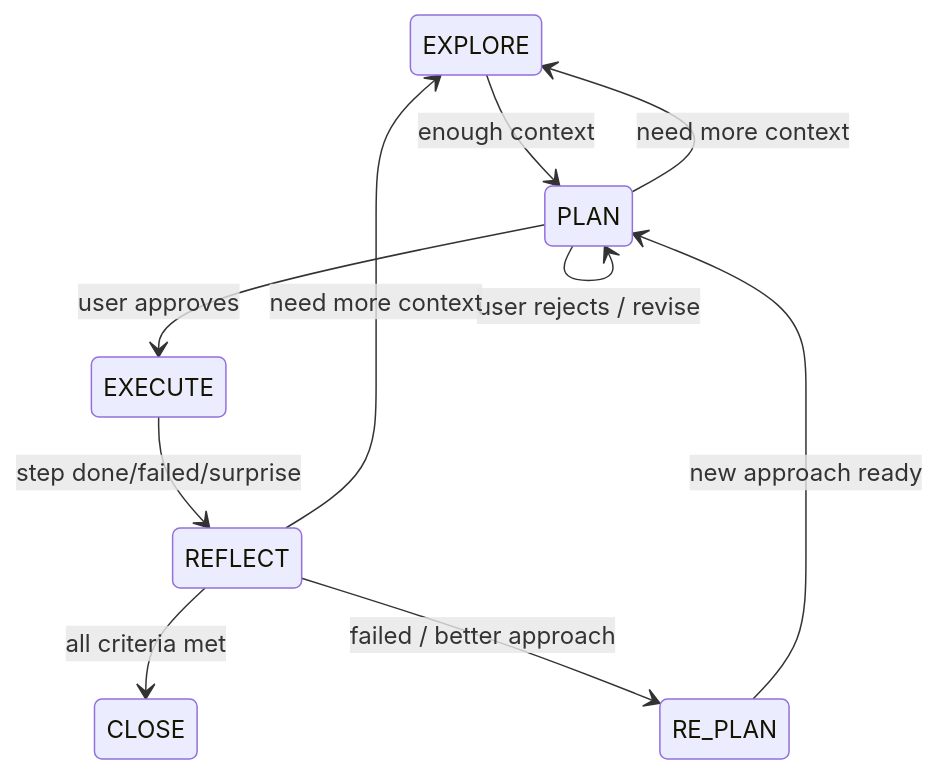
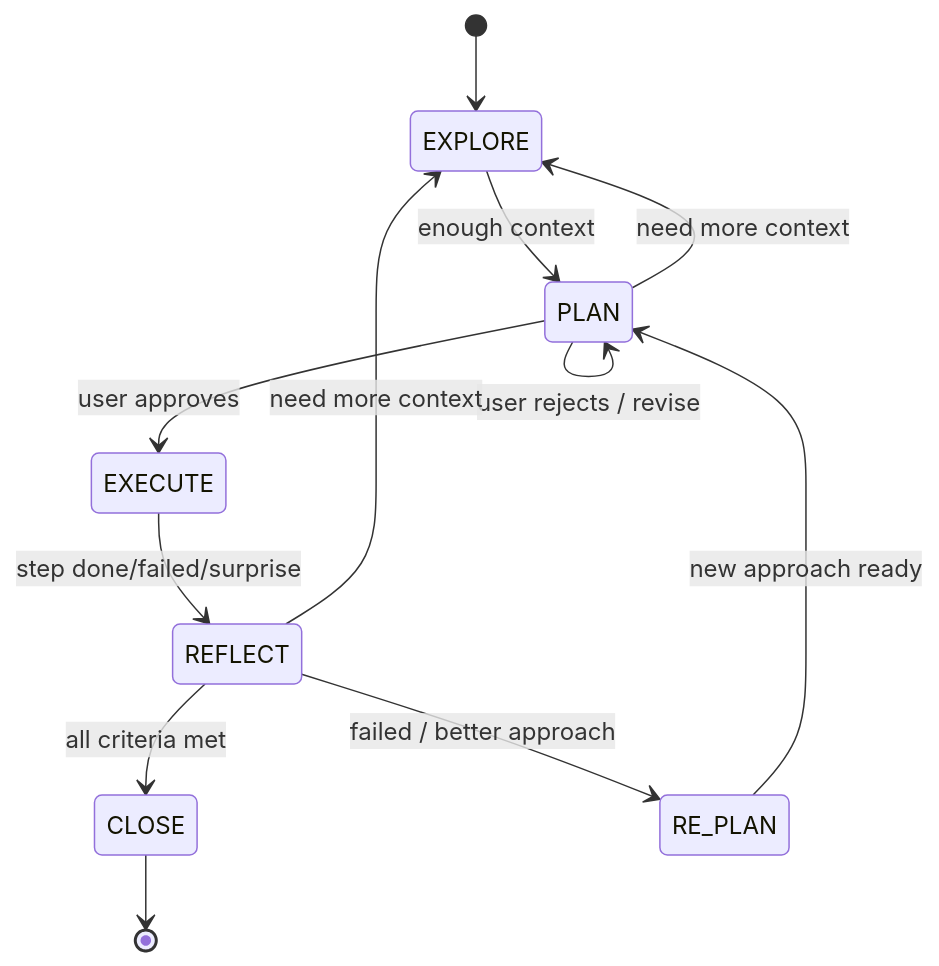
Before and after one commit to NikolasMarkou/iterative-planner: the diagram in src/SKILL.md, drawn with Mermaid. The commit also changed other lines of this file and 6 other files, not shown here.

````diff
--- a/src/SKILL.md
+++ b/src/SKILL.md
@@ -19,12 +19,14 @@
 ```mermaid
 stateDiagram-v2
+    [*] --> EXPLORE
     EXPLORE --> PLAN : enough context
     PLAN --> EXPLORE : need more context
     PLAN --> PLAN : user rejects / revise
     PLAN --> EXECUTE : user approves
     EXECUTE --> REFLECT : step done/failed/surprise
     REFLECT --> CLOSE : all criteria met
     REFLECT --> RE_PLAN : failed / better approach
     REFLECT --> EXPLORE : need more context
     RE_PLAN --> PLAN : new approach ready
+    CLOSE --> [*]
 ```
````
